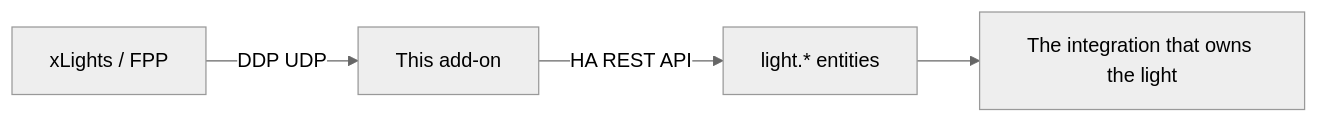
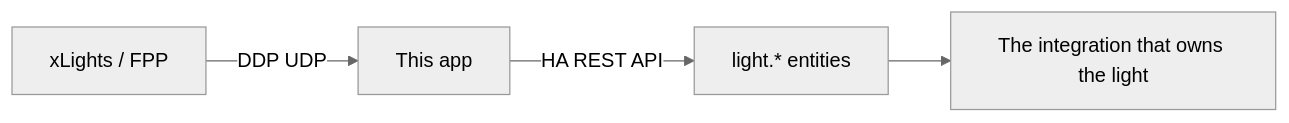
The diagram in README.md (alexbbt/ha-xlights-ddp-bridge), drawn with Mermaid (neutral theme) before and after one commit. The commit also changed other lines of this file and 17 other files, not shown here.

````diff
--- a/README.md
+++ b/README.md
@@ -19,6 +19,6 @@
 ```mermaid
 flowchart LR
-  XL[xLights / FPP] -->|DDP UDP| ADD[This add-on]
+  XL[xLights / FPP] -->|DDP UDP| ADD[This app]
   ADD -->|HA REST API| HA[light.* entities]
   HA --> INT[The integration that owns the light]
 ```
````
